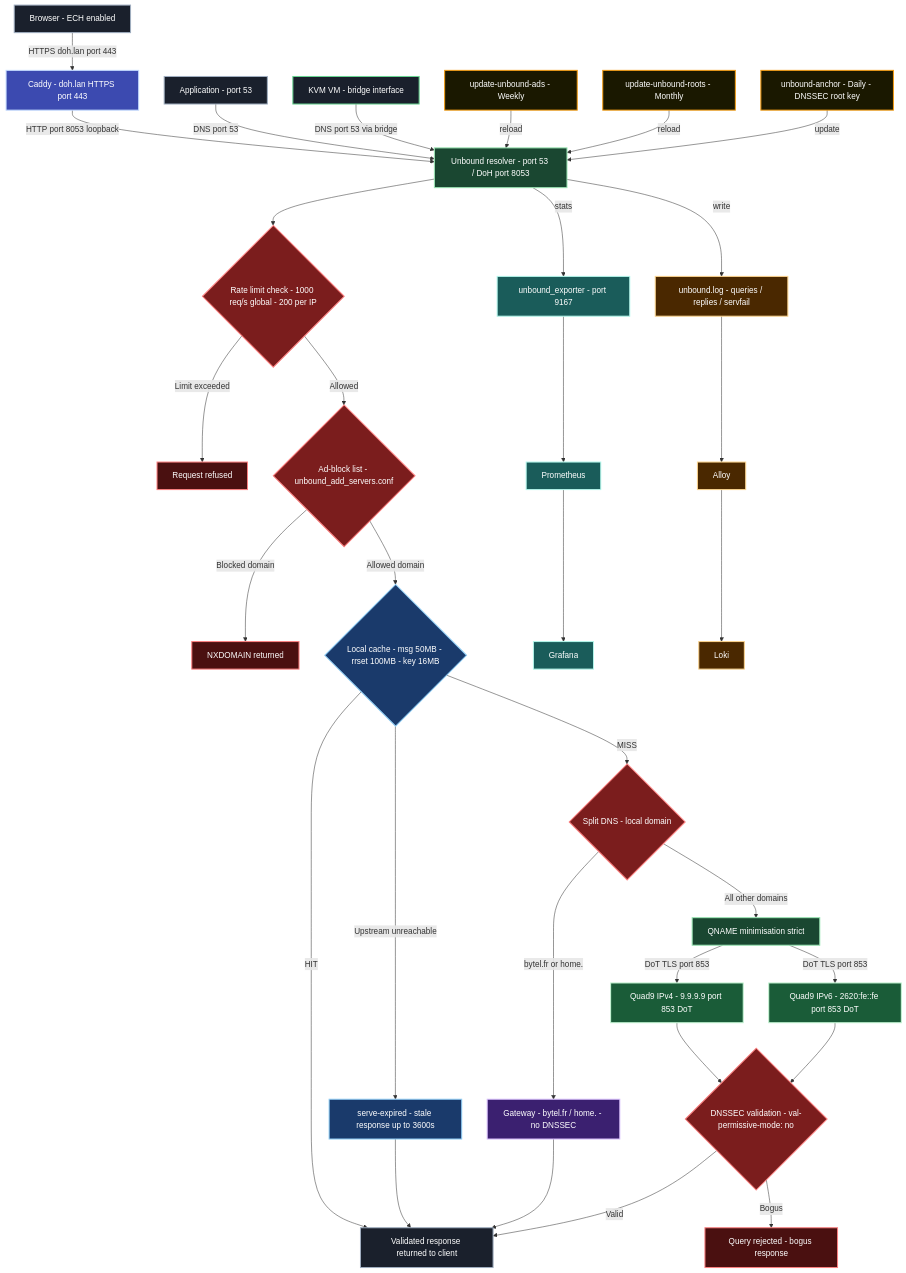
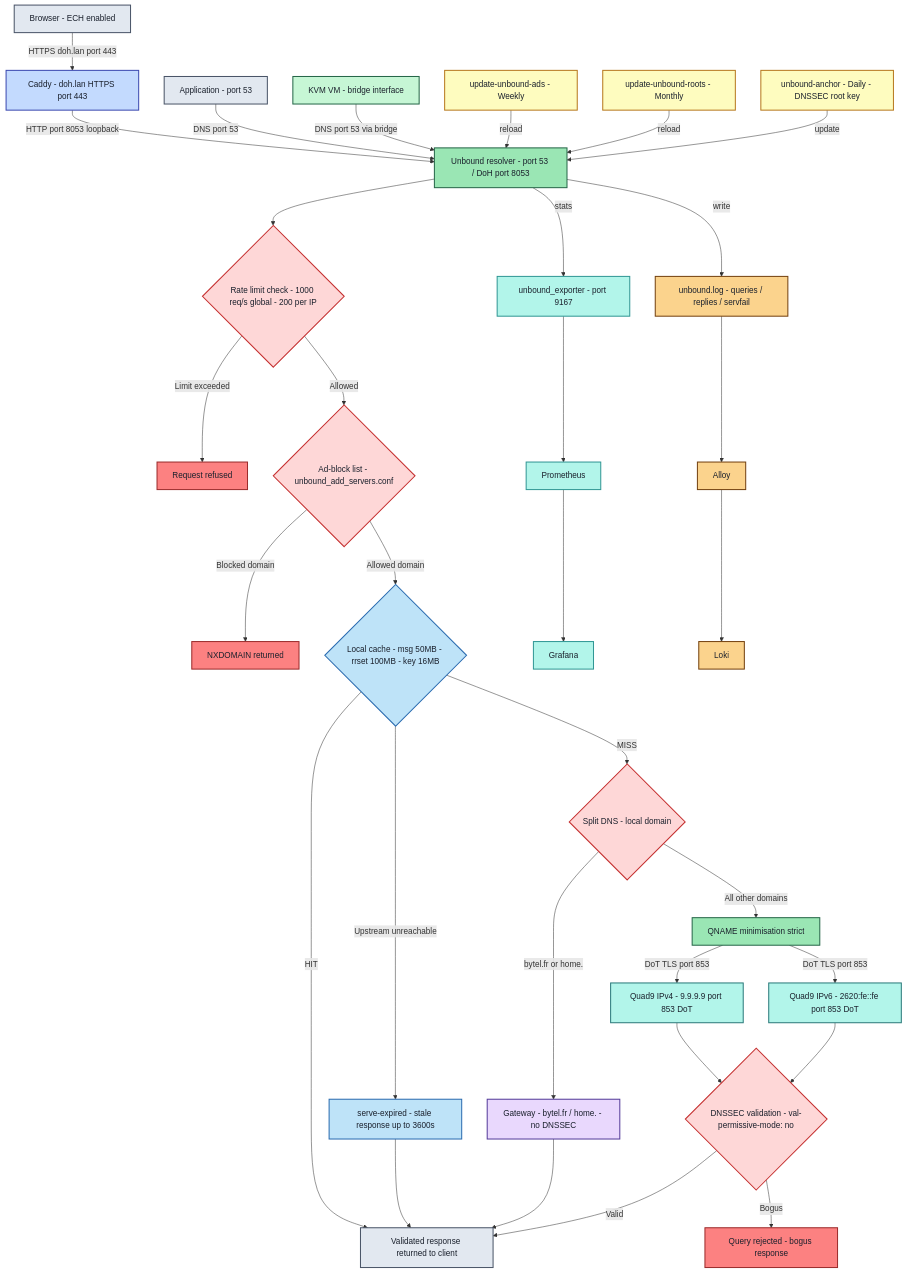
One commit to crisis1er/unbound changed the diagram in README.md. Above: the diagram before and after it, drawn with Mermaid.

Commit message:
docs: switch to light fills with dark text for readability

````diff
--- a/README.md
+++ b/README.md
@@ -32,17 +32,17 @@
 ```mermaid
 flowchart TD
-    classDef client fill:#1a202c,stroke:#a0aec0,stroke-width:2px,color:#fff
-    classDef kvm fill:#1a202c,stroke:#68d391,stroke-width:2px,color:#fff
-    classDef proxy fill:#3c4ab0,stroke:#c3dafe,stroke-width:2px,color:#fff
-    classDef resolver fill:#1a4731,stroke:#9ae6b4,stroke-width:2px,color:#fff
-    classDef decision fill:#7b1d1d,stroke:#fc8181,stroke-width:2px,color:#fff
-    classDef blocked fill:#4a1010,stroke:#fc8181,stroke-width:2px,color:#fff
-    classDef cache fill:#1a3a6b,stroke:#90cdf4,stroke-width:2px,color:#fff
-    classDef local fill:#3b2070,stroke:#d6bcfa,stroke-width:2px,color:#fff
-    classDef upstream fill:#1a5c38,stroke:#c6f6d5,stroke-width:2px,color:#fff
-    classDef monitoring fill:#1a5c5a,stroke:#b2f5ea,stroke-width:2px,color:#fff
-    classDef logs fill:#4a2800,stroke:#fbd38d,stroke-width:2px,color:#fff
-    classDef maintenance fill:#1a1800,stroke:#f39c12,stroke-width:2px,color:#fff
+    classDef client fill:#e2e8f0,stroke:#4a5568,stroke-width:2px,color:#1a202c
+    classDef kvm fill:#c6f6d5,stroke:#276749,stroke-width:2px,color:#1a202c
+    classDef proxy fill:#c3dafe,stroke:#3c4ab0,stroke-width:2px,color:#1a202c
+    classDef resolver fill:#9ae6b4,stroke:#276749,stroke-width:2px,color:#1a202c
+    classDef decision fill:#fed7d7,stroke:#c53030,stroke-width:2px,color:#1a202c
+    classDef blocked fill:#fc8181,stroke:#9b2c2c,stroke-width:2px,color:#1a202c
+    classDef cache fill:#bee3f8,stroke:#2b6cb0,stroke-width:2px,color:#1a202c
+    classDef local fill:#e9d8fd,stroke:#553c9a,stroke-width:2px,color:#1a202c
+    classDef upstream fill:#b2f5ea,stroke:#2c7a7b,stroke-width:2px,color:#1a202c
+    classDef monitoring fill:#b2f5ea,stroke:#319795,stroke-width:2px,color:#1a202c
+    classDef logs fill:#fbd38d,stroke:#744210,stroke-width:2px,color:#1a202c
+    classDef maintenance fill:#fefcbf,stroke:#b7791f,stroke-width:2px,color:#1a202c
 
     BROWSER["Browser - ECH enabled"]:::client
     CADDY["Caddy - doh.lan HTTPS port 443"]:::proxy
````
